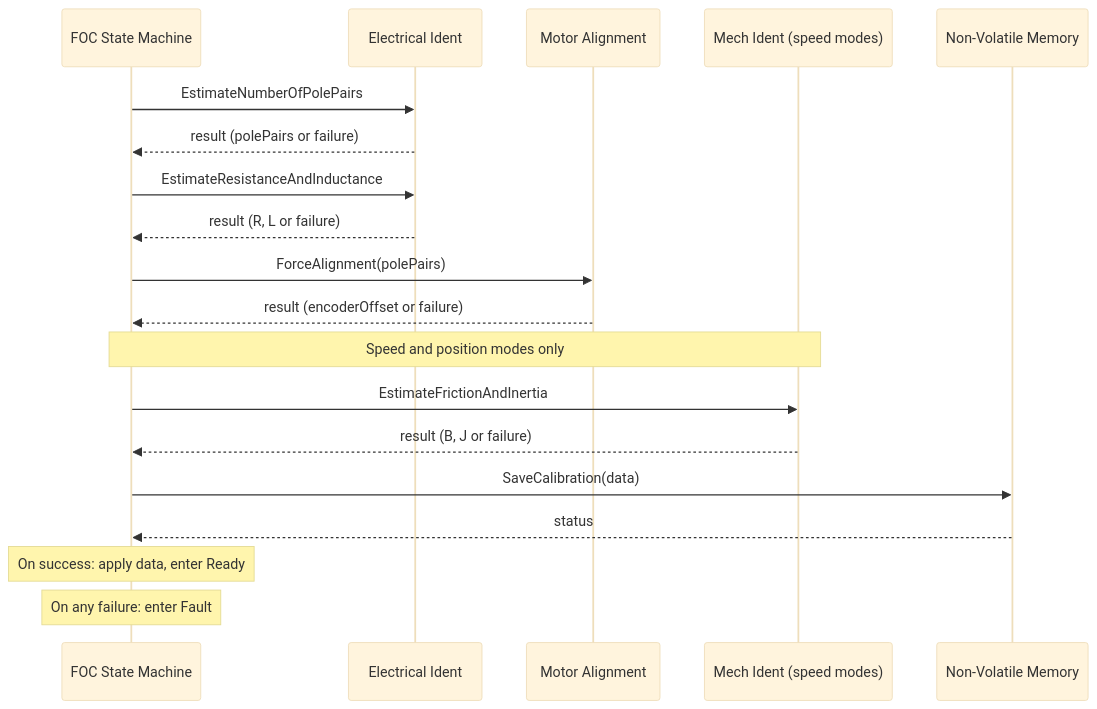
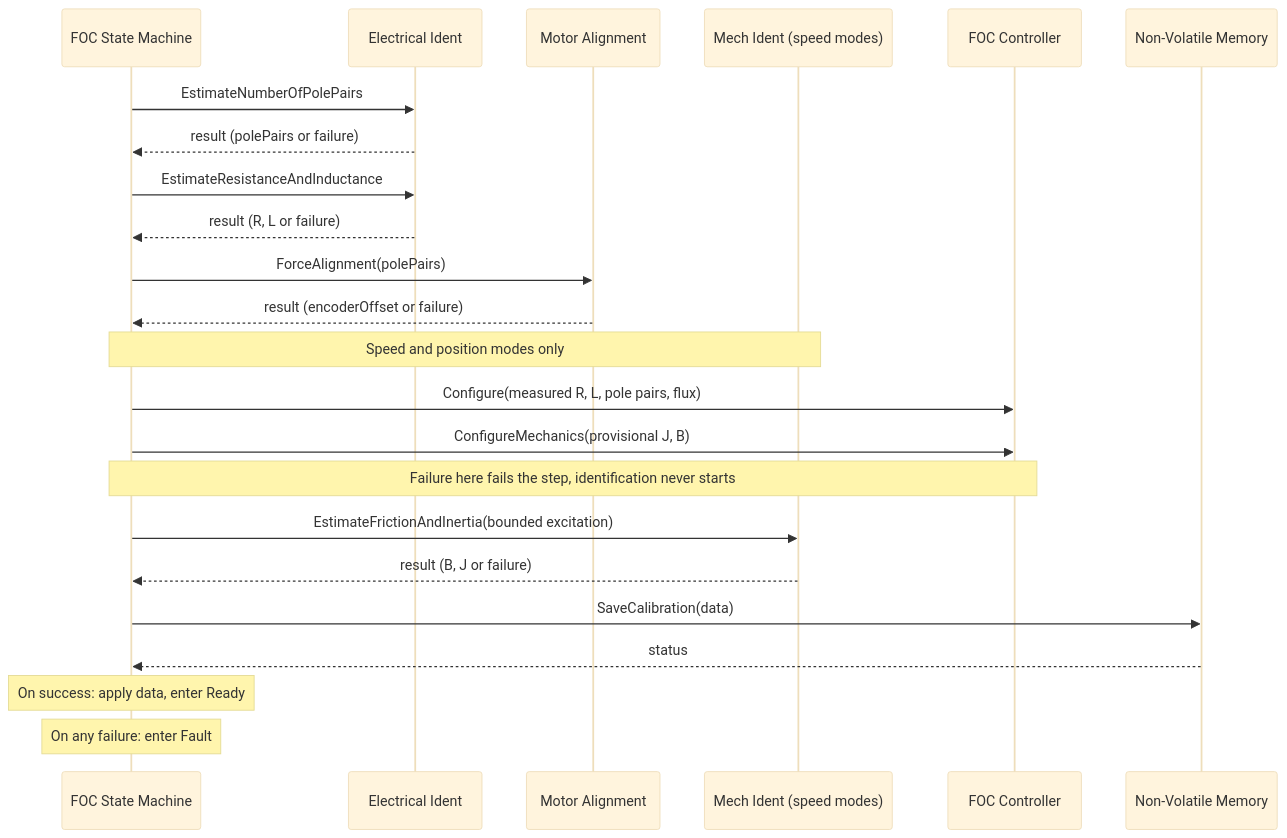
The second of 7 diagrams in documentation/design/state-machine.md (embedded-pro/e-foc), drawn with Mermaid (base theme) before and after one commit. The commit also changed other lines of this file and 27 other files, not shown here.

````diff
--- a/documentation/design/state-machine.md
+++ b/documentation/design/state-machine.md
@@ -217,22 +217,26 @@
 ```mermaid
 sequenceDiagram
     participant SM as FOC State Machine
     participant EI as Electrical Ident
     participant MA as Motor Alignment
     participant MI as Mech Ident (speed modes)
+    participant FOC as FOC Controller
     participant NVM as Non-Volatile Memory
 
     SM->>EI: EstimateNumberOfPolePairs
     EI-->>SM: result (polePairs or failure)
     SM->>EI: EstimateResistanceAndInductance
     EI-->>SM: result (R, L or failure)
     SM->>MA: ForceAlignment(polePairs)
     MA-->>SM: result (encoderOffset or failure)
     note over SM,MI: Speed and position modes only
-    SM->>MI: EstimateFrictionAndInertia
+    SM->>FOC: Configure(measured R, L, pole pairs, flux)
+    SM->>FOC: ConfigureMechanics(provisional J, B)
+    note over SM,FOC: Failure here fails the step, identification never starts
+    SM->>MI: EstimateFrictionAndInertia(bounded excitation)
     MI-->>SM: result (B, J or failure)
     SM->>NVM: SaveCalibration(data)
     NVM-->>SM: status
     note over SM: On success: apply data, enter Ready
     note over SM: On any failure: enter Fault
 ```
````
